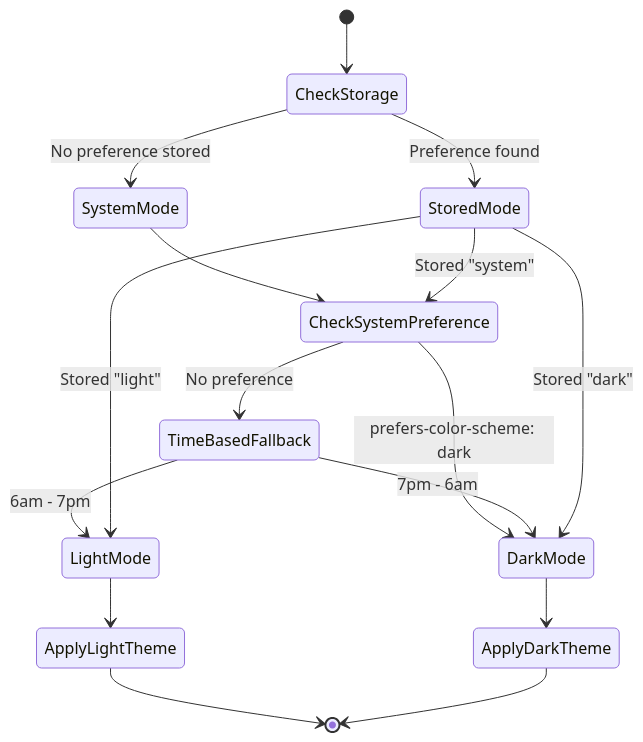
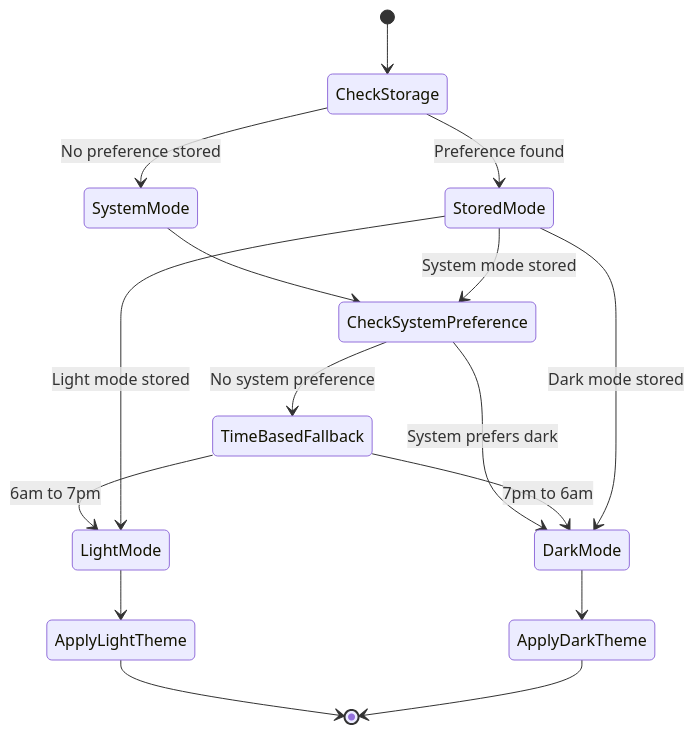
One commit to rocksoup/mbtheme changed diagram 25 of 32 in SYSTEM_DOCUMENTATION.md. Above: the diagram before and after it, drawn with Mermaid.

Commit message:
Fix Mermaid state diagram syntax error
- Remove colons from state transition labels
- Change 'prefers-color-scheme: dark' to 'System prefers dark'
- Update other labels to avoid special characters
- Fixes GitHub rendering error

````diff
--- a/SYSTEM_DOCUMENTATION.md
+++ b/SYSTEM_DOCUMENTATION.md
@@ -1389,23 +1389,23 @@
 ```mermaid
 stateDiagram-v2
     [*] --> CheckStorage
     CheckStorage --> SystemMode: No preference stored
     CheckStorage --> StoredMode: Preference found
 
     SystemMode --> CheckSystemPreference
-    CheckSystemPreference --> DarkMode: prefers-color-scheme: dark
-    CheckSystemPreference --> TimeBasedFallback: No preference
+    CheckSystemPreference --> DarkMode: System prefers dark
+    CheckSystemPreference --> TimeBasedFallback: No system preference
 
-    TimeBasedFallback --> DarkMode: 7pm - 6am
-    TimeBasedFallback --> LightMode: 6am - 7pm
+    TimeBasedFallback --> DarkMode: 7pm to 6am
+    TimeBasedFallback --> LightMode: 6am to 7pm
 
-    StoredMode --> LightMode: Stored "light"
-    StoredMode --> DarkMode: Stored "dark"
-    StoredMode --> CheckSystemPreference: Stored "system"
+    StoredMode --> LightMode: Light mode stored
+    StoredMode --> DarkMode: Dark mode stored
+    StoredMode --> CheckSystemPreference: System mode stored
 
     LightMode --> ApplyLightTheme
     DarkMode --> ApplyDarkTheme
 
     ApplyLightTheme --> [*]
     ApplyDarkTheme --> [*]
 ```
````
